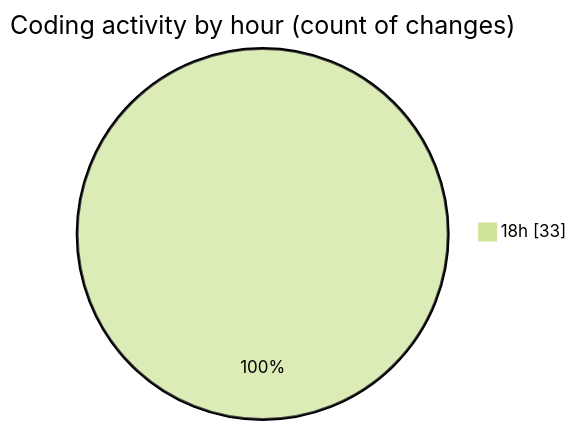
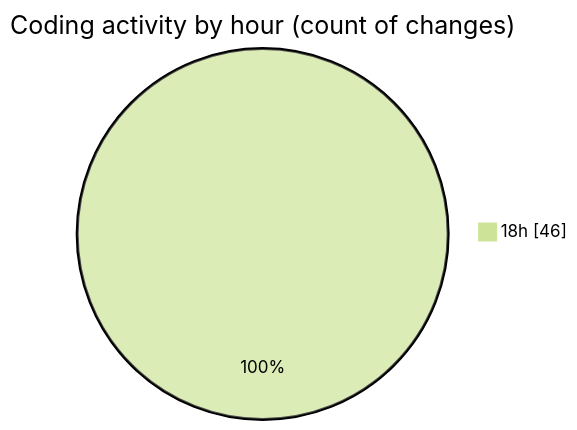
Before and after one commit to Ritupan-Deka/code-tracking: the second of 2 diagrams in 2025-07-05/hidden_search_widget/README.md, drawn with Mermaid (forest theme). The commit also changed other lines of this file and 1 other file, not shown here.

````diff
--- a/2025-07-05/hidden_search_widget/README.md
+++ b/2025-07-05/hidden_search_widget/README.md
@@ -34,5 +34,5 @@
 ```mermaid
 pie showData
 title Coding activity by hour (count of changes)
-"18h" : 33
+"18h" : 46
 ```
````
